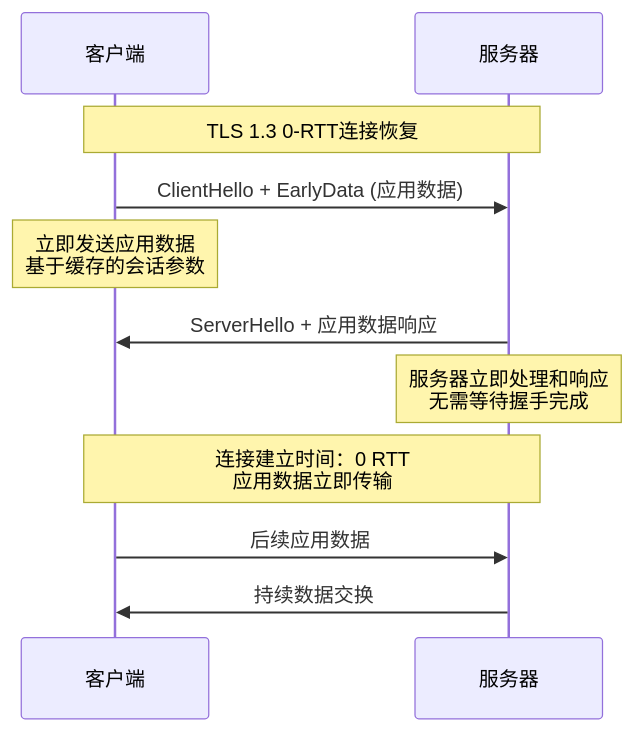
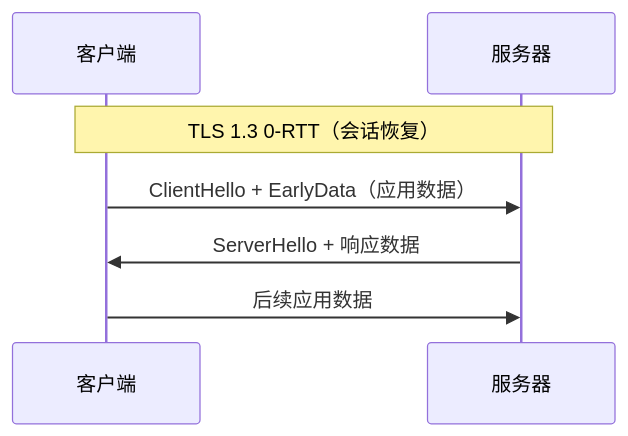
The tenth of 11 diagrams in 计算机网络/3.7传输层：现代传输技术.md (Dtheme/CS-base), drawn with Mermaid before and after one commit. The commit also changed other lines of this file and 51 other files, not shown here.

````diff
--- a/计算机网络/3.7传输层：现代传输技术.md
+++ b/计算机网络/3.7传输层：现代传输技术.md
@@ -545,18 +370,10 @@
 ```mermaid
 sequenceDiagram
     participant C as 客户端
     participant S as 服务器
-    
-    Note over C,S: TLS 1.3 0-RTT连接恢复
-    
-    C->>S: ClientHello + EarlyData (应用数据)
-    Note over C: 立即发送应用数据<br/>基于缓存的会话参数
-    
-    S->>C: ServerHello + 应用数据响应
-    Note over S: 服务器立即处理和响应<br/>无需等待握手完成
-    
-    Note over C,S: 连接建立时间：0 RTT<br/>应用数据立即传输
-    
+
+    Note over C,S: TLS 1.3 0-RTT（会话恢复）
+    C->>S: ClientHello + EarlyData（应用数据）
+    S->>C: ServerHello + 响应数据
     C->>S: 后续应用数据
-    S->>C: 持续数据交换
 ```
````
